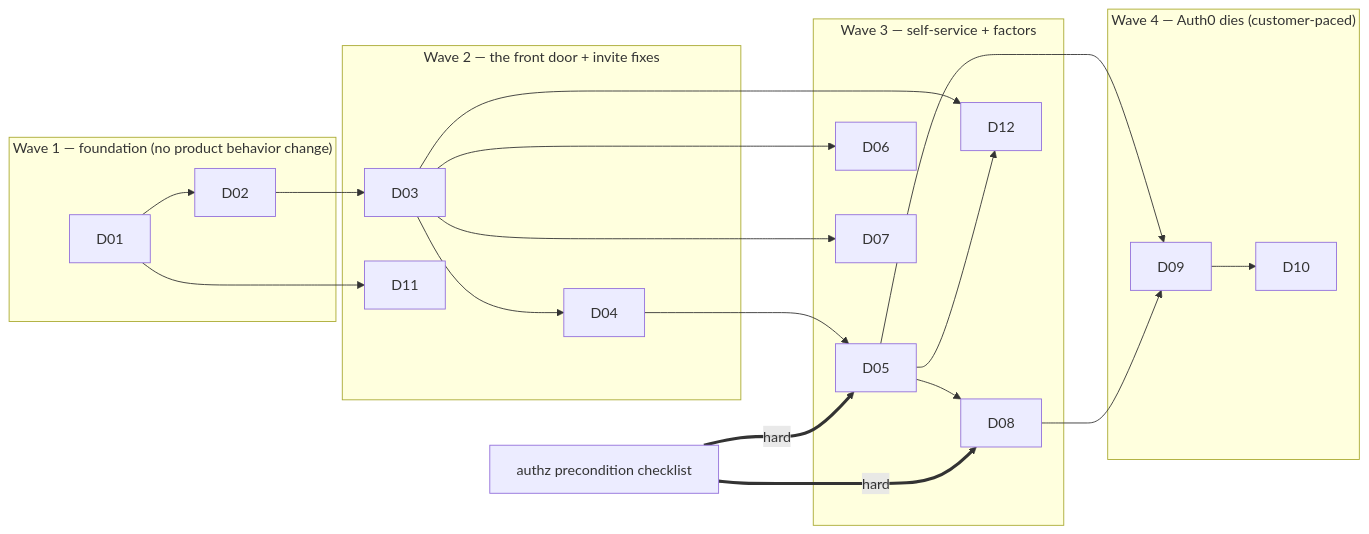
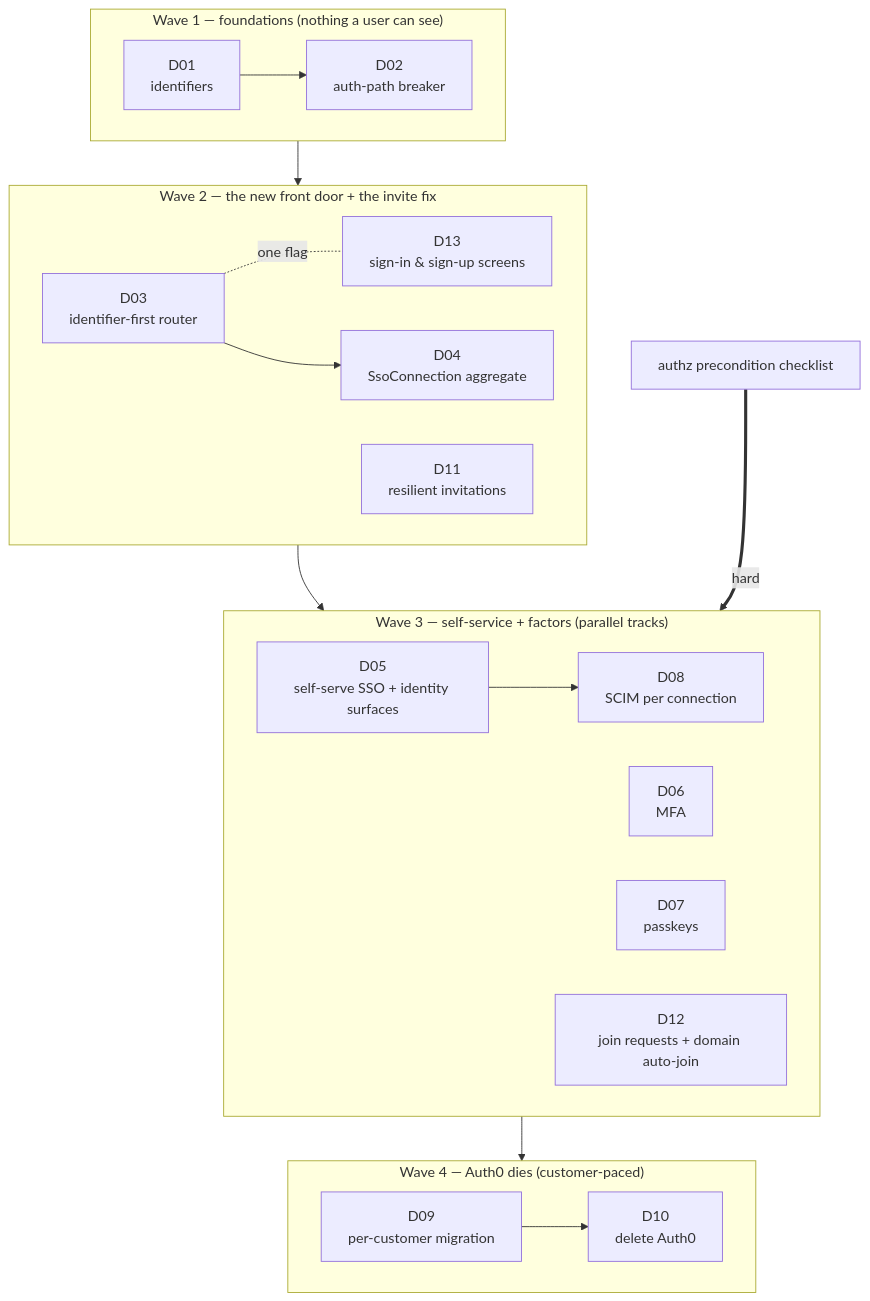
One commit to langwatch/langwatch changed the diagram in dev/docs/identity-platform/delivery-plan.md. Above: the diagram before and after it, drawn with Mermaid. The commit also changed other lines of this file and 4 other files, not shown here.

Commit message:
docs(identity): readable sequencing, D13 sign-in/sign-up screens, domain auto-join, orphan-org prevention

````diff
--- a/dev/docs/identity-platform/delivery-plan.md
+++ b/dev/docs/identity-platform/delivery-plan.md
@@ -20,25 +24,26 @@
 ```mermaid
-flowchart LR
-    subgraph Wave1["Wave 1 — foundation (no product behavior change)"]
-        D01 --> D02
+flowchart TB
+    subgraph W1["Wave 1 — foundations (nothing a user can see)"]
+        direction LR
+        D01["D01<br/>identifiers"] --> D02["D02<br/>auth-path breaker"]
     end
-    subgraph Wave2["Wave 2 — the front door + invite fixes"]
-        D02 --> D03 --> D04
-        D01 --> D11
+    subgraph W2["Wave 2 — the new front door + the invite fix"]
+        direction LR
+        D03["D03<br/>identifier-first router"] -. one flag .- D13["D13<br/>sign-in & sign-up screens"]
+        D03 --> D04["D04<br/>SsoConnection aggregate"]
+        D11["D11<br/>resilient invitations"]
     end
-    subgraph Wave3["Wave 3 — self-service + factors"]
-        D04 --> D05
-        D03 --> D06
-        D03 --> D07
-        D05 --> D08
-        D03 --> D12
-        D05 --> D12
+    subgraph W3["Wave 3 — self-service + factors (parallel tracks)"]
+        direction LR
+        D05["D05<br/>self-serve SSO + identity surfaces"] --> D08["D08<br/>SCIM per connection"]
+        D06["D06<br/>MFA"]
+        D07["D07<br/>passkeys"]
+        D12["D12<br/>join requests + domain auto-join"]
     end
-    subgraph Wave4["Wave 4 — Auth0 dies (customer-paced)"]
-        D05 --> D09
-        D08 --> D09
-        D09 --> D10
+    subgraph W4["Wave 4 — Auth0 dies (customer-paced)"]
+        direction LR
+        D09["D09<br/>per-customer migration"] --> D10["D10<br/>delete Auth0"]
     end
-    AUTHZ["authz precondition checklist"] ==>|hard| D05
-    AUTHZ ==>|hard| D08
+    W1 --> W2 --> W3 --> W4
+    AUTHZ["authz precondition checklist"] ==>|hard| W3
 ```
````
